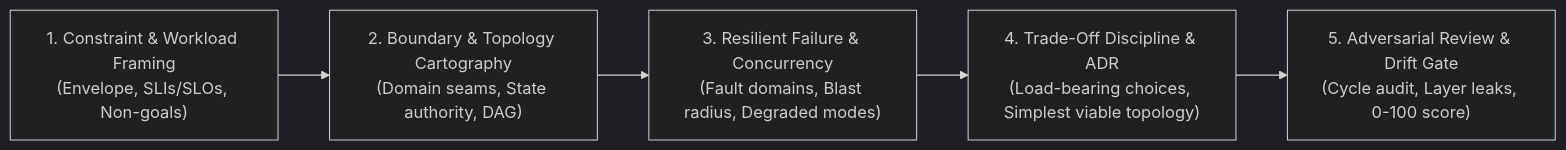
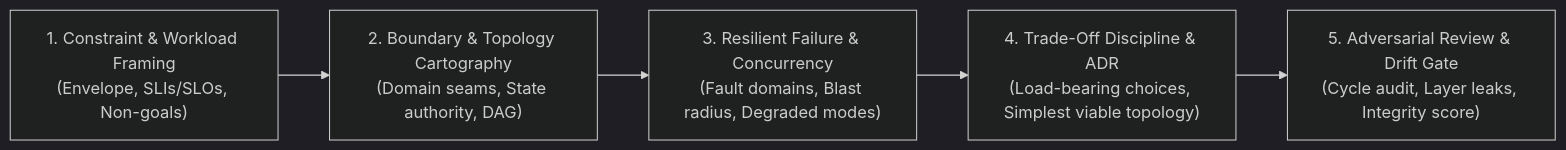
Before and after one commit to gowtham2thrive/agent-grimoire: the diagram in .agents/skills/system-architecture/SKILL.md, drawn with Mermaid (dark theme). The commit also changed other lines of this file and 31 other files, not shown here.

````diff
--- a/.agents/skills/system-architecture/SKILL.md
+++ b/.agents/skills/system-architecture/SKILL.md
@@ -24,7 +24,7 @@
 ```mermaid
 flowchart LR
     P1["1. Constraint & Workload Framing<br/>(Envelope, SLIs/SLOs, Non-goals)"] --> P2["2. Boundary & Topology Cartography<br/>(Domain seams, State authority, DAG)"]
     P2 --> P3["3. Resilient Failure & Concurrency<br/>(Fault domains, Blast radius, Degraded modes)"]
     P3 --> P4["4. Trade-Off Discipline & ADR<br/>(Load-bearing choices, Simplest viable topology)"]
-    P4 --> P5["5. Adversarial Review & Drift Gate<br/>(Cycle audit, Layer leaks, 0-100 score)"]
+    P4 --> P5["5. Adversarial Review & Drift Gate<br/>(Cycle audit, Layer leaks, Integrity score)"]
 ```
````
